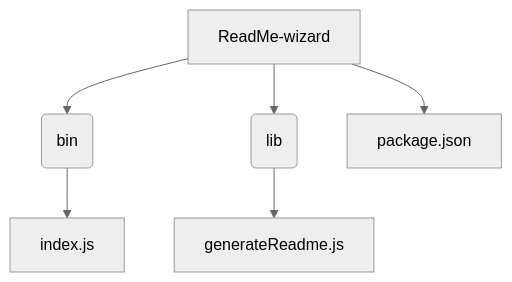
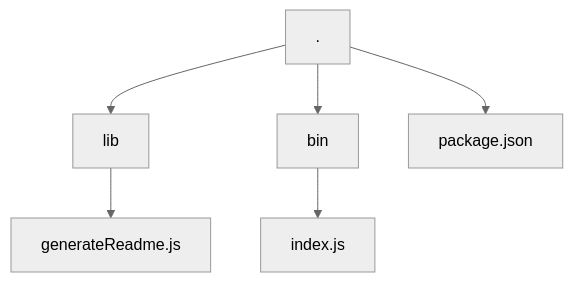
Before and after one commit to PIYUSH1SAINI/ReadMe-wiz: the second of 2 diagrams in README.md, drawn with Mermaid (neutral theme). The commit also changed other lines of this file and 1 other file, not shown here.

````diff
--- a/README.md
+++ b/README.md
@@ -43,9 +41,8 @@
 ```mermaid
 graph TD
-    A[ReadMe-wizard] --> B(bin);
-    A --> C(lib);
-    C --> D[generateReadme.js];
-    B --> E[index.js];
-    A --> F[package.json];
-
+    A[.] --> B["lib"];
+    B --> C["generateReadme.js"];
+    A --> D["bin"];
+    D --> E["index.js"];
+    A --> F["package.json"];
 ```
````
